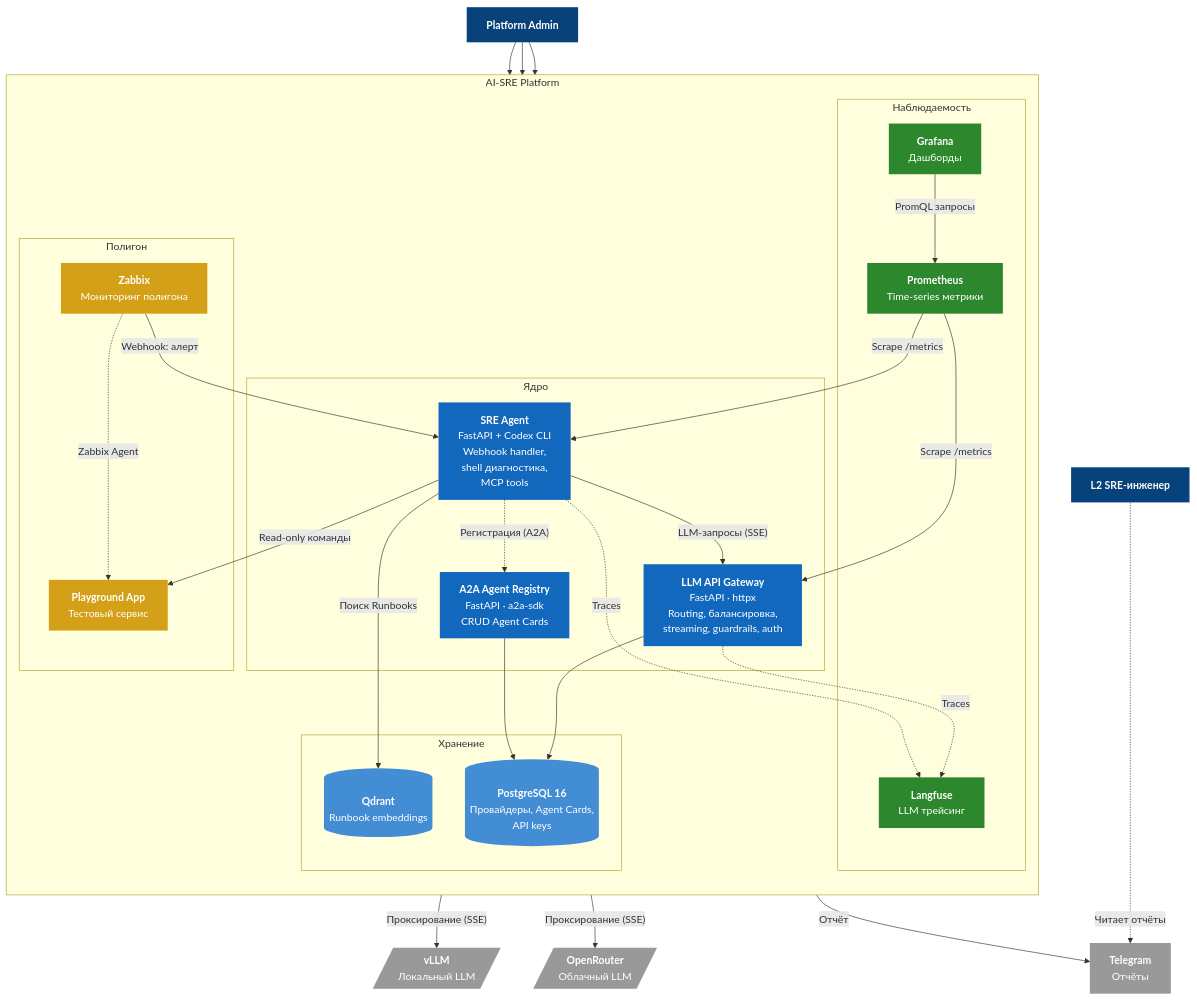
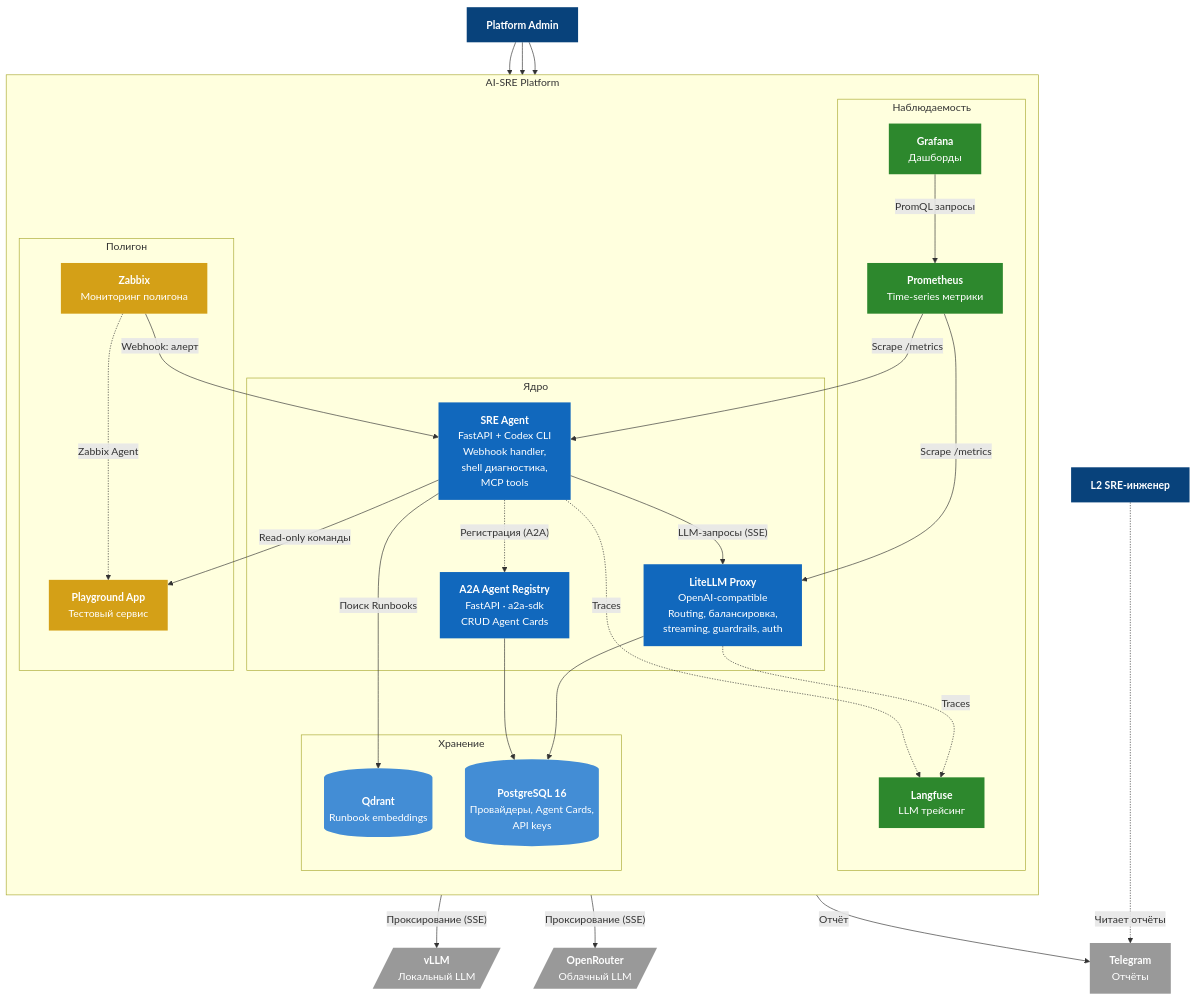
The diagram in docs/diagrams/c4-container.md (Ygrick/SRE-agent), drawn with Mermaid before and after one commit. The commit also changed other lines of this file and 10 other files, not shown here.

Commit message:
Update documentation to reflect the integration of LiteLLM Proxy as the LLM API Gateway

````diff
--- a/docs/diagrams/c4-container.md
+++ b/docs/diagrams/c4-container.md
@@ -5,81 +5,81 @@
 ```mermaid
 flowchart TB
     sre_engineer["<b>L2 SRE-инженер</b>"]
     platform_admin["<b>Platform Admin</b>"]
 
     subgraph platform ["AI-SRE Platform"]
         direction TB
 
         subgraph core ["Ядро"]
-            gateway["<b>LLM API Gateway</b><br/>FastAPI · httpx<br/>Routing, балансировка,<br/>streaming, guardrails, auth"]
+            gateway["<b>LiteLLM Proxy</b><br/>OpenAI-compatible<br/>Routing, балансировка,<br/>streaming, guardrails, auth"]
             registry["<b>A2A Agent Registry</b><br/>FastAPI · a2a-sdk<br/>CRUD Agent Cards"]
             sre_agent["<b>SRE Agent</b><br/>FastAPI + Codex CLI<br/>Webhook handler,<br/>shell диагностика,<br/>MCP tools"]
         end
 
         subgraph data ["Хранение"]
             postgres[("<b>PostgreSQL 16</b><br/>Провайдеры, Agent Cards,<br/>API keys")]
             qdrant[("<b>Qdrant</b><br/>Runbook embeddings")]
         end
 
         subgraph observability ["Наблюдаемость"]
             prometheus["<b>Prometheus</b><br/>Time-series метрики"]
             grafana["<b>Grafana</b><br/>Дашборды"]
             langfuse["<b>Langfuse</b><br/>LLM трейсинг"]
         end
 
         subgraph playground_env ["Полигон"]
             playground_app["<b>Playground App</b><br/>Тестовый сервис"]
             zabbix["<b>Zabbix</b><br/>Мониторинг полигона"]
         end
     end
 
     vllm[/"<b>vLLM</b><br/>Локальный LLM"/]
     openrouter[/"<b>OpenRouter</b><br/>Облачный LLM"/]
     telegram["<b>Telegram</b><br/>Отчёты"]
 
     %% Основной data path
     zabbix -- "Webhook: алерт" --> sre_agent
     sre_agent -- "LLM-запросы (SSE)" --> gateway
     gateway -- "Проксирование (SSE)" --> vllm
     gateway -- "Проксирование (SSE)" --> openrouter
     sre_agent -- "Read-only команды" --> playground_app
     sre_agent -- "Поиск Runbooks" --> qdrant
     sre_agent -- "Отчёт" --> telegram
 
     %% Registry
     sre_agent -. "Регистрация (A2A)" .-> registry
 
     %% Хранение
     gateway --> postgres
     registry --> postgres
 
     %% Observability (направление стрелок = направление данных/запросов)
     prometheus -- "Scrape /metrics" --> gateway
     prometheus -- "Scrape /metrics" --> sre_agent
     grafana -- "PromQL запросы" --> prometheus
     gateway -. "Traces" .-> langfuse
     sre_agent -. "Traces" .-> langfuse
 
     %% Мониторинг полигона
     zabbix -. "Zabbix Agent" .-> playground_app
 
     %% Пользователи
     platform_admin --> grafana
     platform_admin --> gateway
     platform_admin --> registry
     sre_engineer -. "Читает отчёты" .-> telegram
 
     classDef person fill:#08427b,color:#fff,stroke:none
     classDef core_svc fill:#1168bd,color:#fff,stroke:none
     classDef storage fill:#438dd5,color:#fff,stroke:none
     classDef obs fill:#2d882d,color:#fff,stroke:none
     classDef external fill:#999,color:#fff,stroke:none
     classDef playground fill:#d4a017,color:#fff,stroke:none
 
     class sre_engineer,platform_admin person
     class gateway,registry,sre_agent core_svc
     class postgres,qdrant storage
     class prometheus,grafana,langfuse obs
     class vllm,openrouter,telegram external
     class playground_app,zabbix playground
 ```
````
